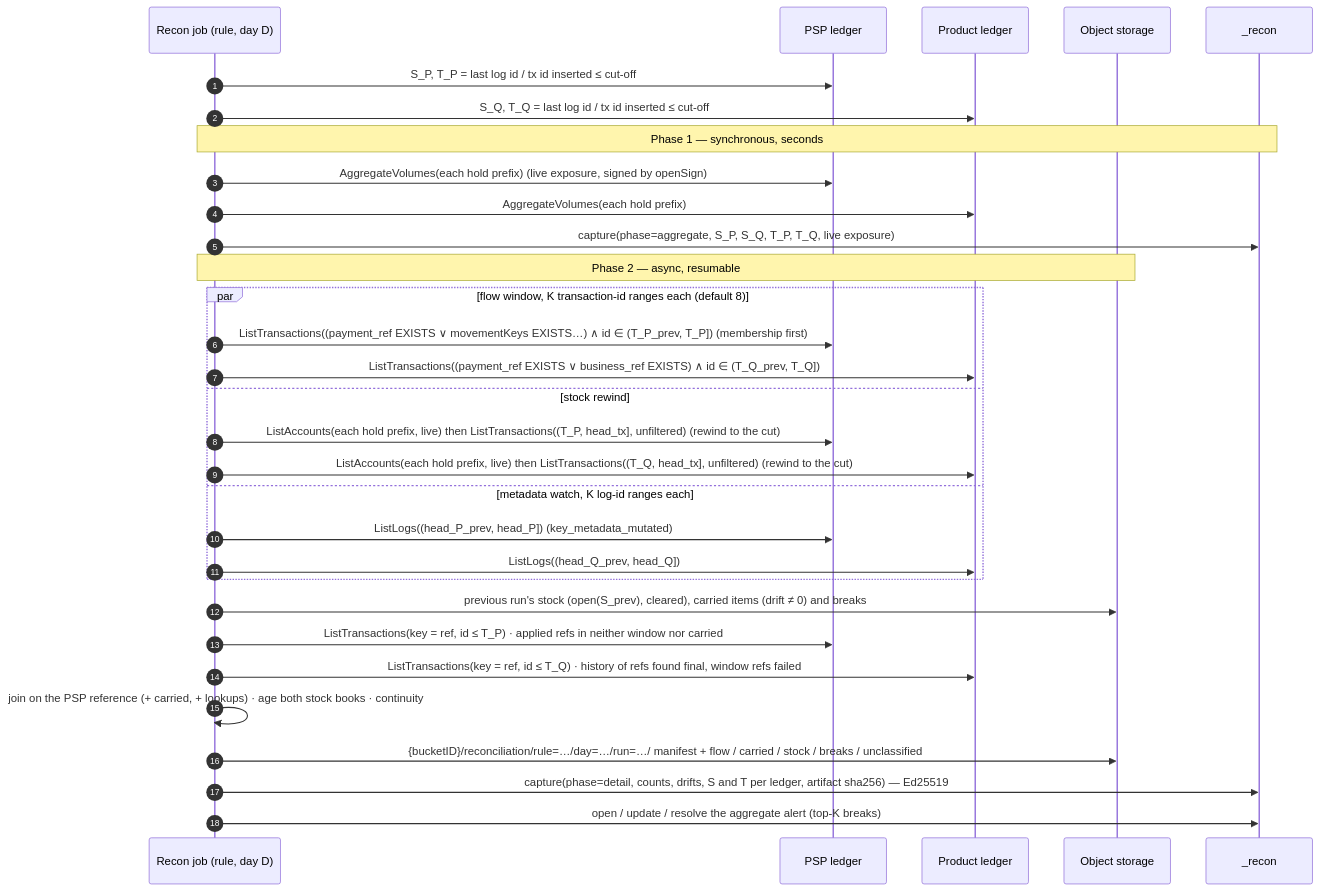
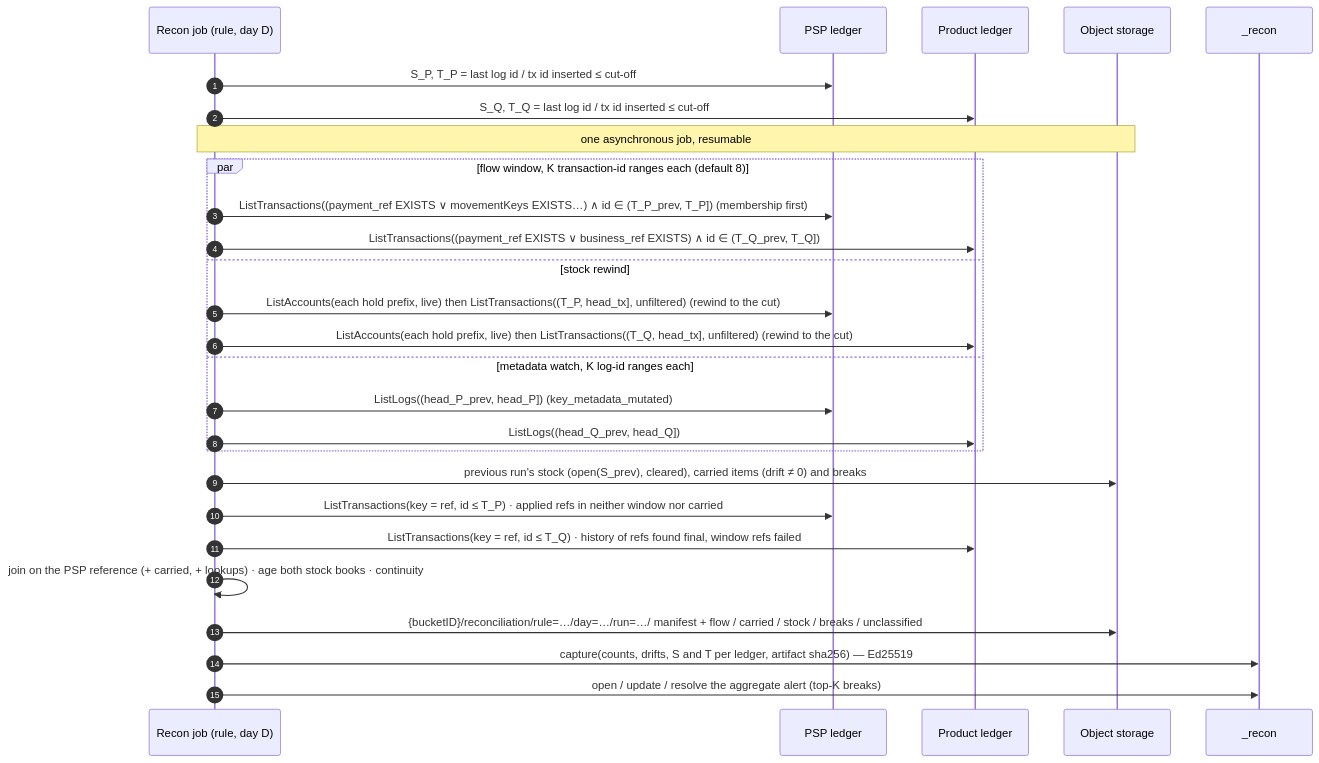
Before and after one commit to formancehq/reconciliation: the second of 2 diagrams in docs/technical/transaction-level-reconciliation.md, drawn with Mermaid. The commit also changed 3 other files, not shown here.

First line of the commit message:
docs(recon): make a run one asynchronous job, with no phase-1 capture (ADR-005 §7)

````diff
--- a/docs/technical/transaction-level-reconciliation.md
+++ b/docs/technical/transaction-level-reconciliation.md
@@ -230,34 +230,30 @@
 ```mermaid
 sequenceDiagram
     autonumber
     participant J as Recon job (rule, day D)
     participant P as PSP ledger
     participant Q as Product ledger
     participant O as Object storage
     participant C as _recon
 
     J->>P: S_P, T_P = last log id / tx id inserted ≤ cut-off
     J->>Q: S_Q, T_Q = last log id / tx id inserted ≤ cut-off
-    Note over J,C: Phase 1 — synchronous, seconds
-    J->>P: AggregateVolumes(each hold prefix)  (live exposure, signed by openSign)
-    J->>Q: AggregateVolumes(each hold prefix)
-    J->>C: capture(phase=aggregate, S_P, S_Q, T_P, T_Q, live exposure)
-    Note over J,O: Phase 2 — async, resumable
+    Note over J,O: one asynchronous job, resumable
     par flow window, K transaction-id ranges each (default 8)
         J->>P: ListTransactions((payment_ref EXISTS ∨ movementKeys EXISTS…) ∧ id ∈ (T_P_prev, T_P])  (membership first)
         J->>Q: ListTransactions((payment_ref EXISTS ∨ business_ref EXISTS) ∧ id ∈ (T_Q_prev, T_Q])
     and stock rewind
         J->>P: ListAccounts(each hold prefix, live) then ListTransactions((T_P, head_tx], unfiltered) (rewind to the cut)
         J->>Q: ListAccounts(each hold prefix, live) then ListTransactions((T_Q, head_tx], unfiltered) (rewind to the cut)
     and metadata watch, K log-id ranges each
         J->>P: ListLogs((head_P_prev, head_P])  (key_metadata_mutated)
         J->>Q: ListLogs((head_Q_prev, head_Q])
     end
     J->>O: previous run's stock (open(S_prev), cleared), carried items (drift ≠ 0) and breaks
     J->>P: ListTransactions(key = ref, id ≤ T_P) · applied refs in neither window nor carried
     J->>Q: ListTransactions(key = ref, id ≤ T_Q) · history of refs found final, window refs failed
     J->>J: join on the PSP reference (+ carried, + lookups) · age both stock books · continuity
     J->>O: {bucketID}/reconciliation/rule=…/day=…/run=…/ manifest + flow / carried / stock / breaks / unclassified
-    J->>C: capture(phase=detail, counts, drifts, S and T per ledger, artifact sha256) — Ed25519
+    J->>C: capture(counts, drifts, S and T per ledger, artifact sha256) — Ed25519
     J->>C: open / update / resolve the aggregate alert (top-K breaks)
 ```
````
